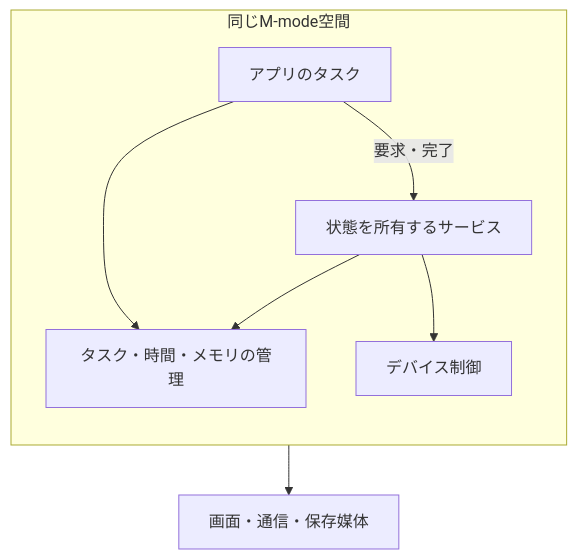
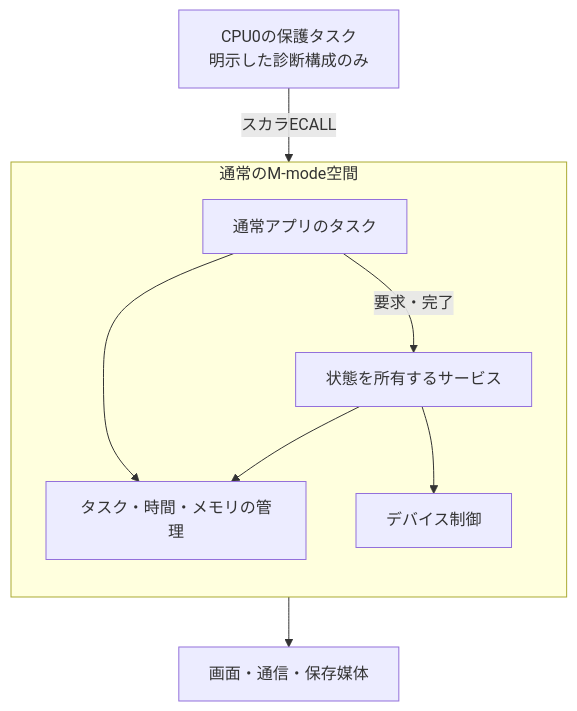
One commit to masanork/nihos changed the diagram in docs/book/figures/os-responsibilities.mmd. Above: the diagram before and after it, drawn with Mermaid. The commit also changed 43 other files, not shown here.

```diff
--- a/docs/book/figures/os-responsibilities.mmd
+++ b/docs/book/figures/os-responsibilities.mmd
@@ -1,11 +1,12 @@
 flowchart TB
-    accTitle: 仕事の分担と、現在の保護範囲
-    accDescr: nihosのタスクとサービスは同じM-mode空間にある。要求を渡す構造はあるが、その分担だけで任意の書込みを隔離できるわけではない。
-    subgraph same["同じM-mode空間"]
+    accTitle: 通常の役割分担と、追加したCPU0の保護境界
+    accDescr: 通常のアプリとサービスは同じM-mode空間に残る。別枠のCPU0診断タスクだけをU-modeとPMPで制限し、スカラECALLでカーネルへ入る。既存サービスへの直接接続を示す図ではない。
+    U["CPU0の保護タスク\n明示した診断構成のみ"] -->|"スカラECALL"| K
+    subgraph same["通常のM-mode空間"]
       direction TB
-      A["アプリのタスク"] -->|"要求・完了"| S["状態を所有するサービス"]
+      A["通常アプリのタスク"] -->|"要求・完了"| S["状態を所有するサービス"]
       A --> K["タスク・時間・メモリの管理"]
       S --> K
       S --> D["デバイス制御"]
     end
     D --> H["画面・通信・保存媒体"]
```
